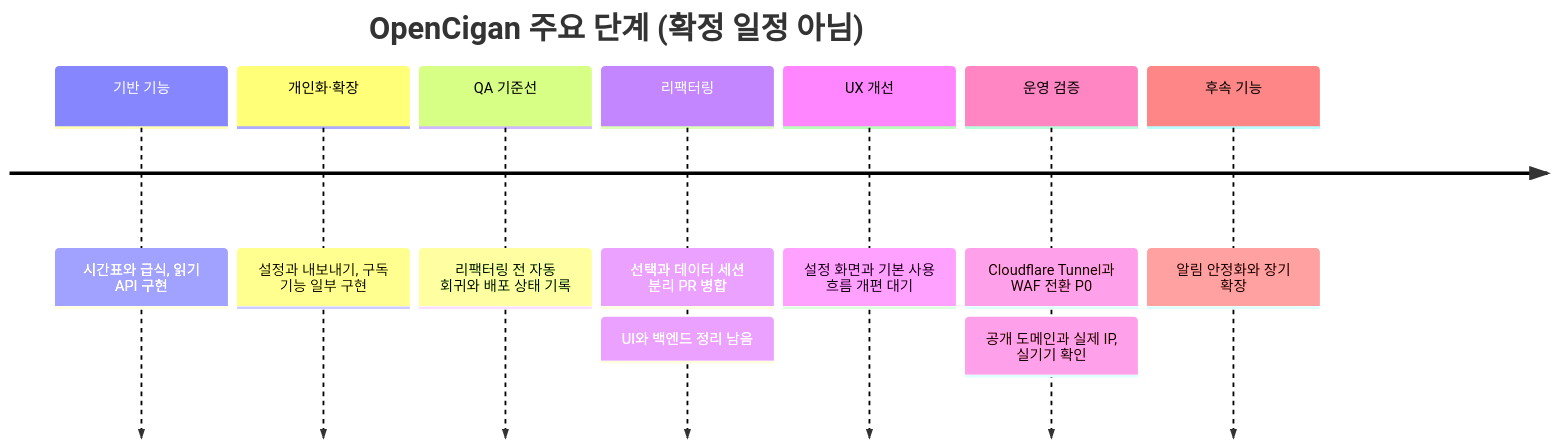
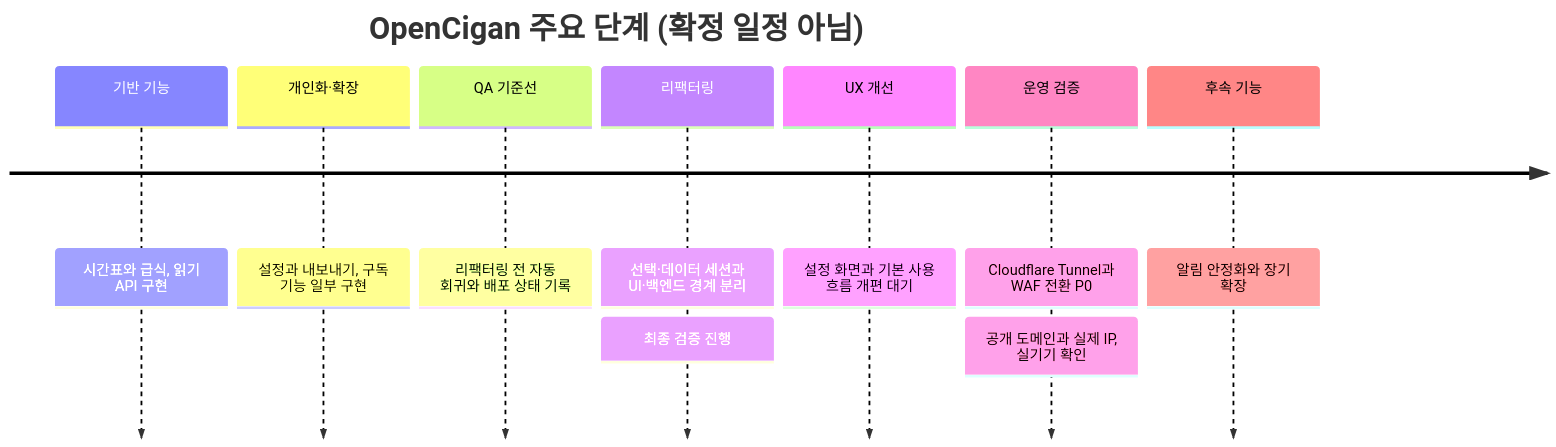
Before and after one commit to Transient-Onlooker/opencigan: the first of 2 diagrams in docs/roadmap.md, drawn with Mermaid. The commit also changed other lines of this file and 1 other file, not shown here.

Commit message:
docs: record verified refactor boundaries

````diff
--- a/docs/roadmap.md
+++ b/docs/roadmap.md
@@ -7,11 +7,11 @@
 ```mermaid
 timeline
     title OpenCigan 주요 단계 (확정 일정 아님)
     기반 기능 : 시간표와 급식, 읽기 API 구현
     개인화·확장 : 설정과 내보내기, 구독 기능 일부 구현
     QA 기준선 : 리팩터링 전 자동 회귀와 배포 상태 기록
-    리팩터링 : 선택과 데이터 세션 분리 PR 병합 : UI와 백엔드 정리 남음
+    리팩터링 : 선택·데이터 세션과 UI·백엔드 경계 분리 : 최종 검증 진행
     UX 개선 : 설정 화면과 기본 사용 흐름 개편 대기
     운영 검증 : Cloudflare Tunnel과 WAF 전환 P0 : 공개 도메인과 실제 IP, 실기기 확인
     후속 기능 : 알림 안정화와 장기 확장
 ```
````
